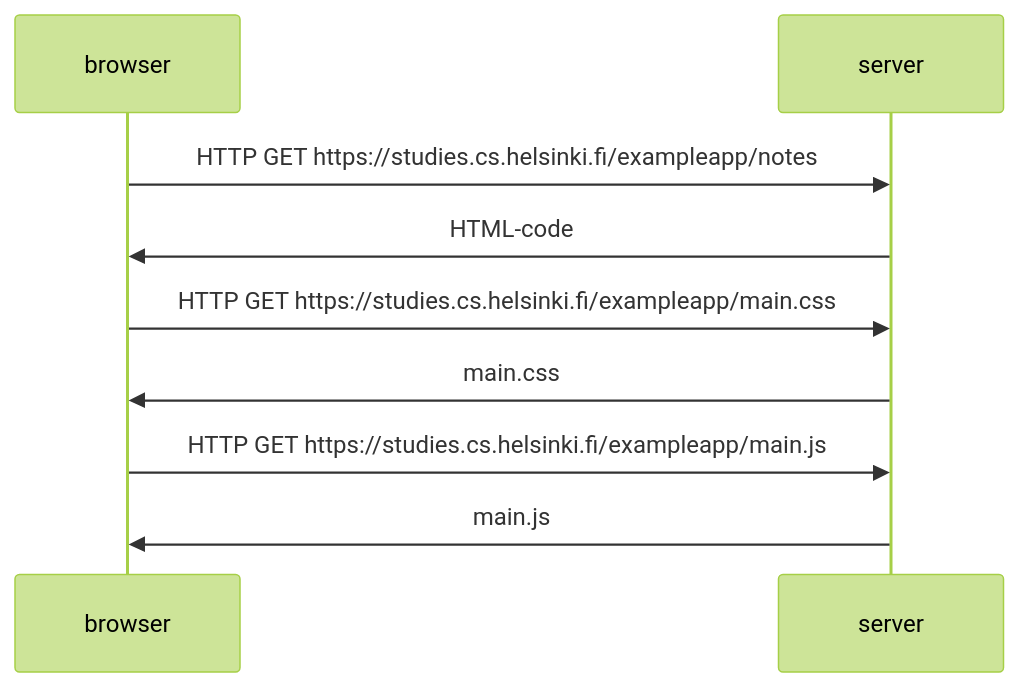
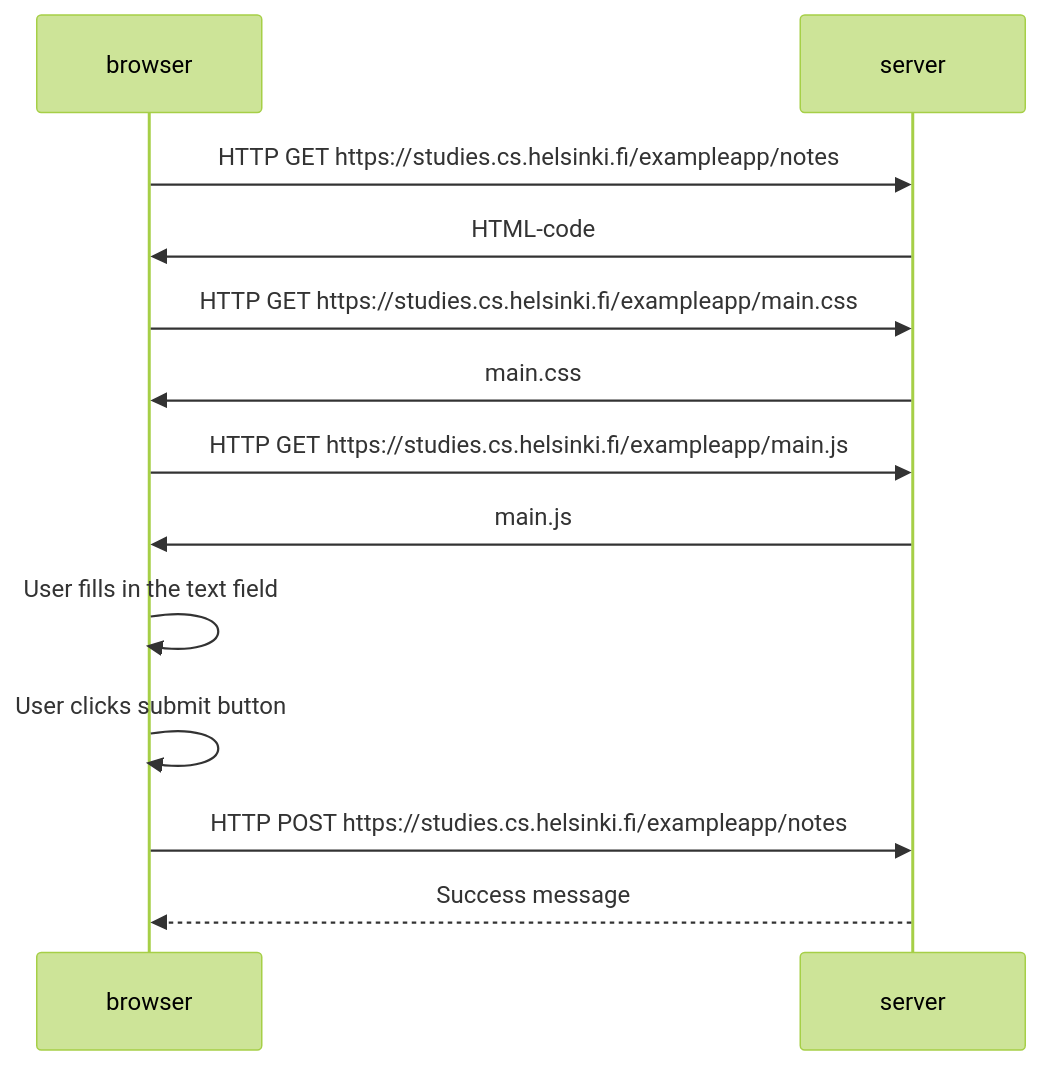
Before and after one commit to simon-archer/fullstack: the diagram in part0/0.4: New note diagram.md, drawn with Mermaid (forest theme).

Commit message:
Update 0.4: New note diagram.md

````diff
--- a/part0/0.4: New note diagram.md
+++ b/part0/0.4: New note diagram.md
@@ -5,11 +5,17 @@
 ```mermaid
 sequenceDiagram
     participant browser
     participant server
     browser->>server: HTTP GET https://studies.cs.helsinki.fi/exampleapp/notes
     server->>browser: HTML-code
     browser->>server: HTTP GET https://studies.cs.helsinki.fi/exampleapp/main.css
     server->>browser: main.css
     browser->>server: HTTP GET https://studies.cs.helsinki.fi/exampleapp/main.js
     server->>browser: main.js
+    browser->>browser: User fills in the text field
+
+    browser->>browser: User clicks submit button
+
+    browser->>server: HTTP POST https://studies.cs.helsinki.fi/exampleapp/notes
+    server-->>browser: Success message
 ```
````
